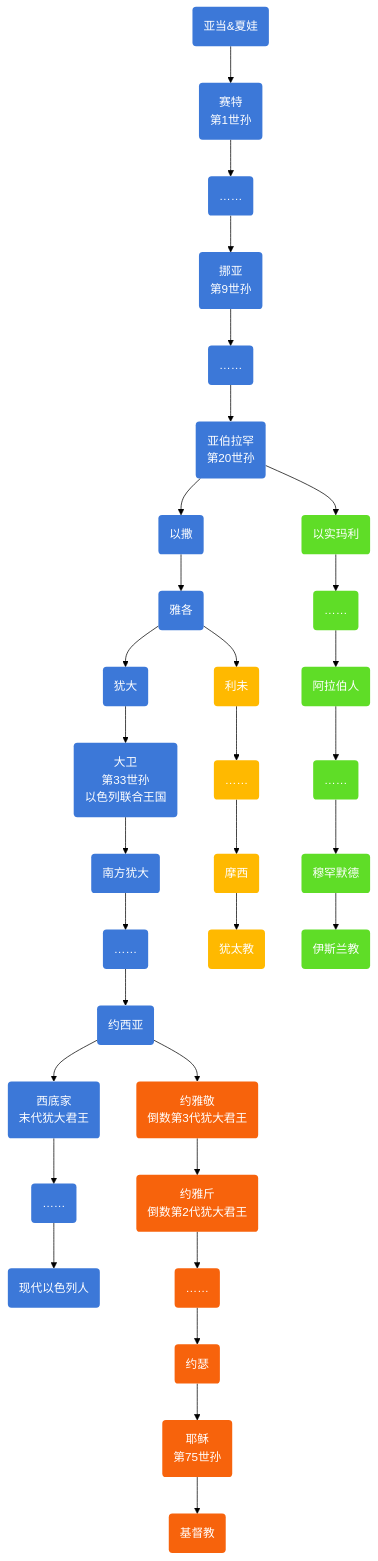
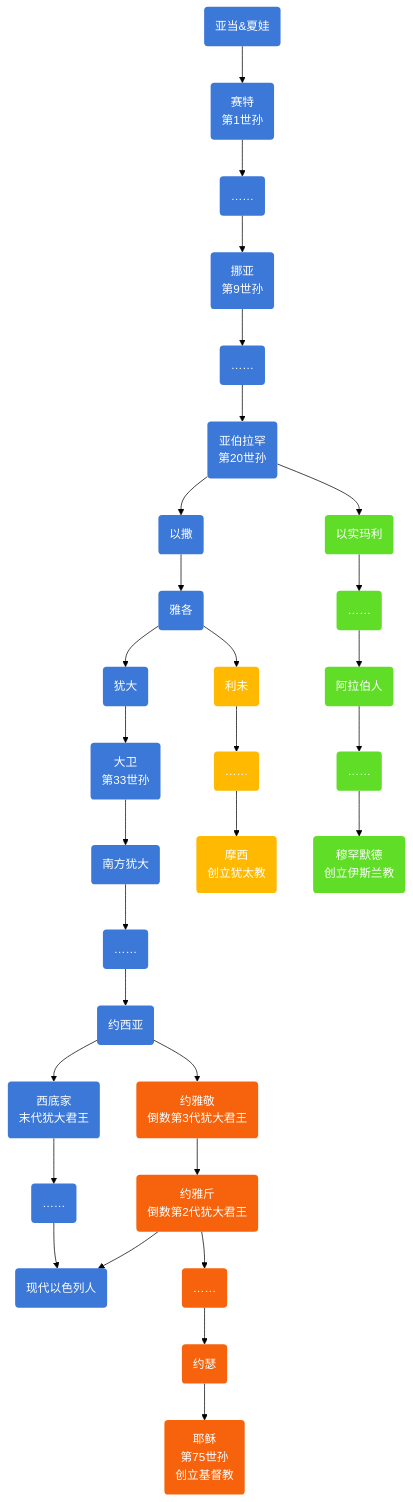
Before and after one commit to Jerrybaijy/notes: the diagram in 历史/宗教史/宗教史.md, drawn with Mermaid (forest theme). The commit also changed 1 other file, not shown here.

Commit message:
Daily preservation

````diff
--- a/历史/宗教史/宗教史.md
+++ b/历史/宗教史/宗教史.md
@@ -7,48 +7,46 @@
 ```mermaid
 graph TD
     classDef israeliNode fill:#3c78d8,stroke:#333,stroke-width:0px,color:#ffffff;
     classDef islamNode fill:#5fdd27,stroke:#333,stroke-width:0px,color:#ffffff;
     classDef judaismNode fill:#FFB900,stroke:#333,stroke-width:0px,color:#ffffff;
     classDef christNode fill:#F7630C,stroke:#333,stroke-width:0px,color:#ffffff;
 
 
     A(亚当&夏娃) --> B(赛特<br/>第1世孙)
     B --> C(……)
     C --> D(挪亚<br/>第9世孙)
     D --> E(……)
     E --> F(亚伯拉罕<br/>第20世孙)
     F --> G(以撒)
     G --> H(雅各)
     H --> I(犹大)
-    I --> J(大卫<br/>第33世孙<br/>以色列联合王国)
+    I --> J(大卫<br/>第33世孙)
     J --> K(南方犹大)
     K --> L(……)
     L --> M(约西亚)
     M --> N(西底家<br/>末代犹大君王)
     N --> O(……)
     O --> P(现代以色列人)
 
     F --> F1(以实玛利)
     F1 --> F2(……)
     F2 --> F3(阿拉伯人)
     F3 --> F4(……)
-    F4 --> F5(穆罕默德)
-    F5 --> F6(伊斯兰教)
+    F4 --> F5(穆罕默德<br/>创立伊斯兰教)
 
     H --> H1(利未)
     H1 --> H2(……)
-    H2 --> H3(摩西)
-    H3 --> H4(犹太教)
+    H2 --> H3(摩西<br/>创立犹太教)
 
     M --> M1(约雅敬<br/>倒数第3代犹大君王)
     M1 --> M2(约雅斤<br/>倒数第2代犹大君王)
+    M2 --> P
     M2 --> M3(……)
     M3 --> M4(约瑟)
-    M4 --> M5(耶稣<br/>第75世孙)
-    M5 --> M6(基督教)
+    M4 --> M5(耶稣<br/>第75世孙<br/>创立基督教)
 
     class A,B,C,D,E,F,G,H,I,J,K,L,M,N,O,P israeliNode;
     class F1,F2,F3,F4,F5,F6 islamNode;
     class H1,H2,H3,H4 judaismNode;
     class M1,M2,M3,M4,M5,M6 christNode;
 ```
````
